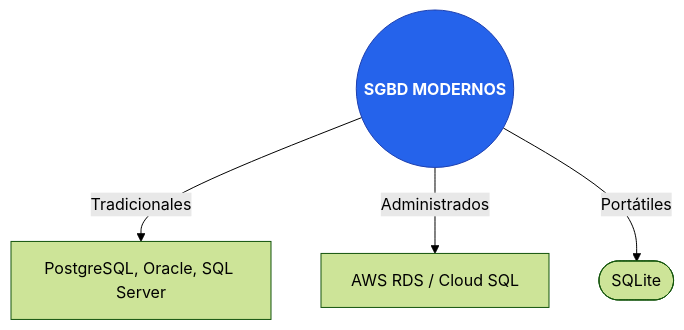
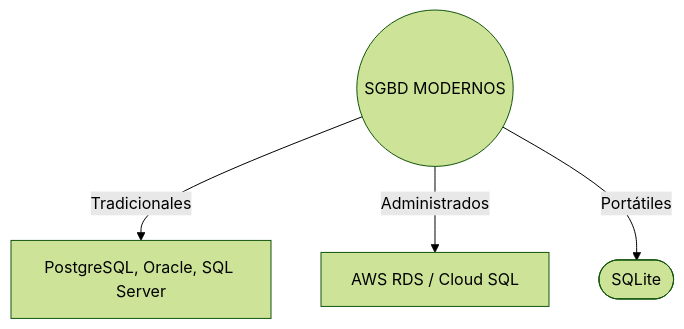
Before and after one commit to rraulherediaa/PracticasEstructurasDatos: the first of 12 diagrams in README.md, drawn with Mermaid (forest theme). The commit also changed other lines of this file and 1 other file, not shown here.

Commit message:
fix: simplificar diagramas Mermaid al máximo para asegurar compatibilidad total

````diff
--- a/README.md
+++ b/README.md
@@ -24,10 +24,7 @@
 ```mermaid
 flowchart TD
     Root(("SGBD MODERNOS"))
     Root -->|Tradicionales| Rel["PostgreSQL, Oracle, SQL Server"]
     Root -->|Administrados| CL["AWS RDS / Cloud SQL"]
     Root -->|Portátiles| Lite(["SQLite"])
-
-    classDef central fill:#2563eb,color:#fff,font-weight:bold,stroke:#1e40af
-    class Root central
 ```
````
